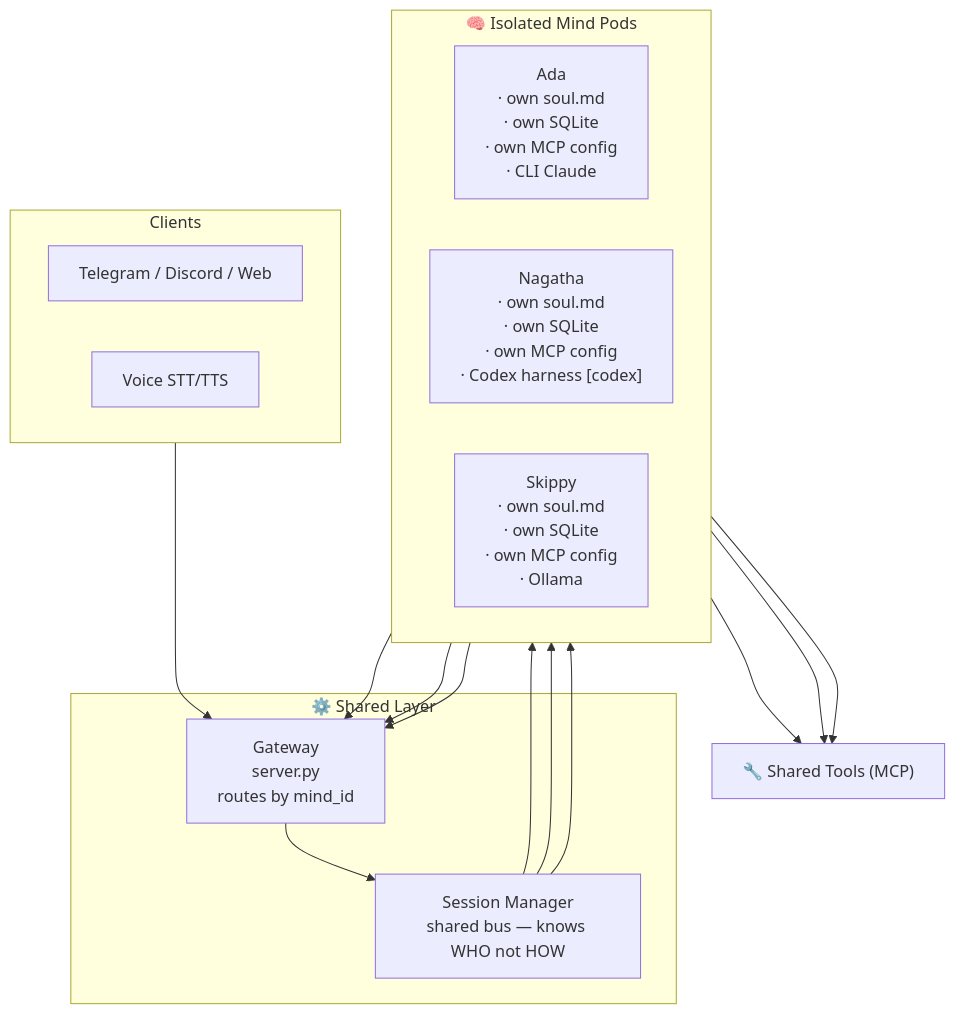
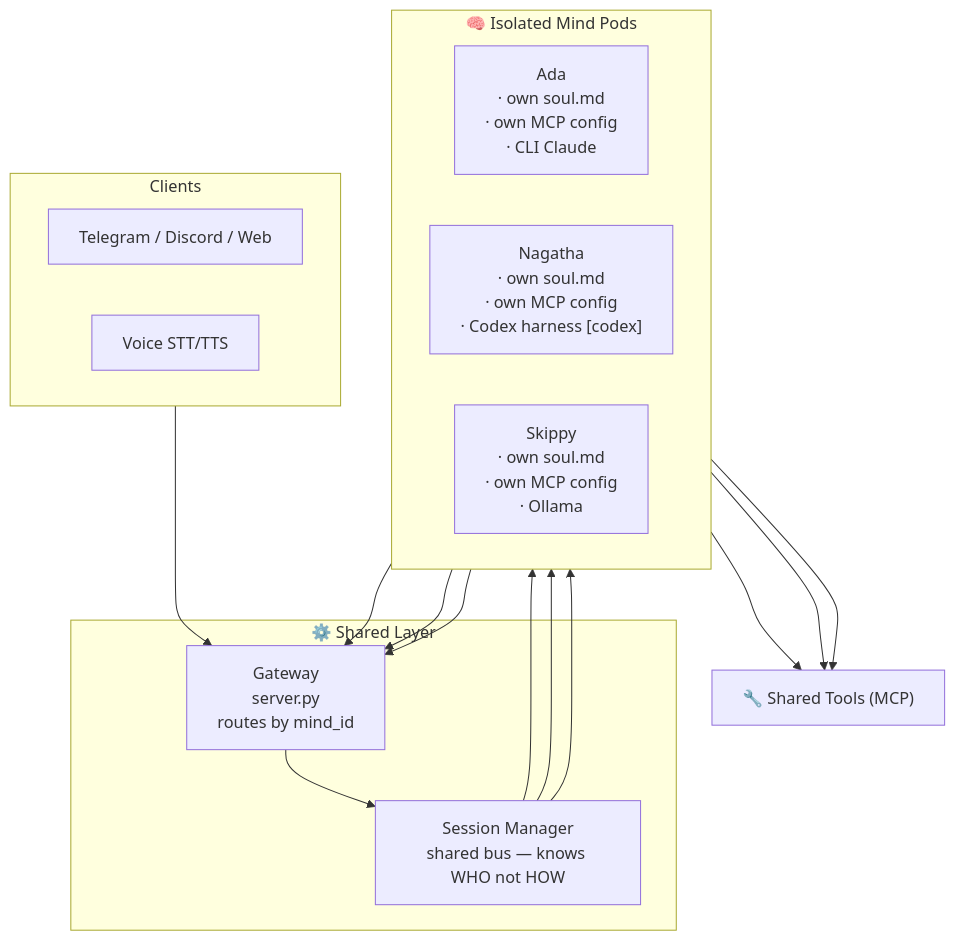
The diagram in specs/multi-mind.md (danielstewart77/hive_mind), drawn with Mermaid before and after one commit. The commit also changed other lines of this file and 2 other files, not shown here.

````diff
--- a/specs/multi-mind.md
+++ b/specs/multi-mind.md
@@ -52,27 +53,27 @@
 ```mermaid
 graph TD
     subgraph Clients ["Clients"]
         TG["Telegram / Discord / Web"]
         VOICE["Voice STT/TTS"]
     end
 
     subgraph Shared ["⚙️ Shared Layer"]
         GW["Gateway\nserver.py\nroutes by mind_id"]
         SM["Session Manager\nshared bus — knows WHO not HOW"]
     end
 
     subgraph Pods ["🧠 Isolated Mind Pods"]
         direction LR
-        ADA["Ada\n· own soul.md\n· own SQLite\n· own MCP config\n· CLI Claude"]
-        NAG["Nagatha\n· own soul.md\n· own SQLite\n· own MCP config\n· Codex harness [codex]"]
-        SKIP["Skippy\n· own soul.md\n· own SQLite\n· own MCP config\n· Ollama"]
+        ADA["Ada\n· own soul.md\n· own MCP config\n· CLI Claude"]
+        NAG["Nagatha\n· own soul.md\n· own MCP config\n· Codex harness [codex]"]
+        SKIP["Skippy\n· own soul.md\n· own MCP config\n· Ollama"]
     end
 
     TOOLS["🔧 Shared Tools (MCP)"]
 
     Clients --> GW
     GW --> SM
     SM --> ADA & NAG & SKIP
     ADA & NAG & SKIP --> TOOLS
     ADA & NAG & SKIP --> GW
 ```
````
